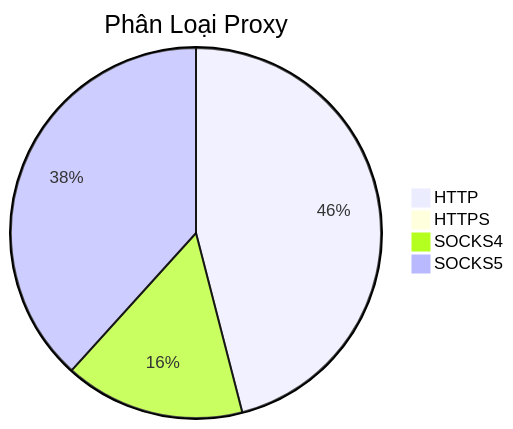
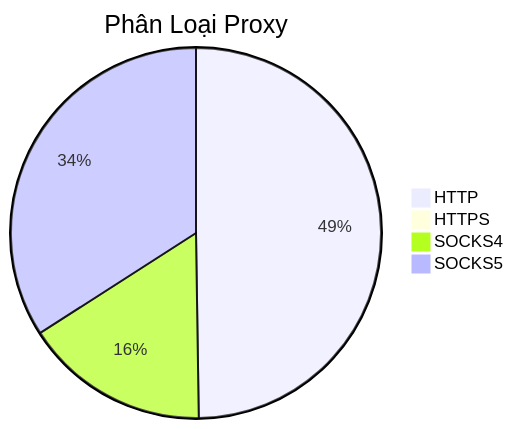
The diagram in README.md (Ciara-Aa/PROXY-free), drawn with Mermaid before and after one commit. The commit also changed other lines of this file and 4 other files, not shown here.

````diff
--- a/README.md
+++ b/README.md
@@ -26,7 +26,7 @@
 ```mermaid
 pie title Phân Loại Proxy
-    "HTTP" : 263
+    "HTTP" : 311
     "HTTPS" : 4
-    "SOCKS4" : 90
-    "SOCKS5" : 219
+    "SOCKS4" : 101
+    "SOCKS5" : 213
 ```
````
